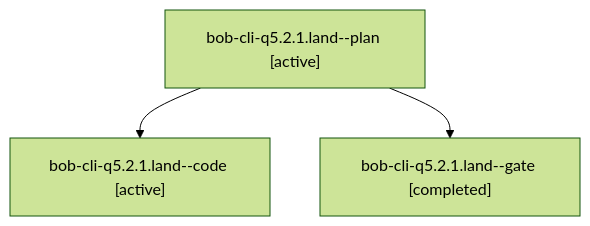
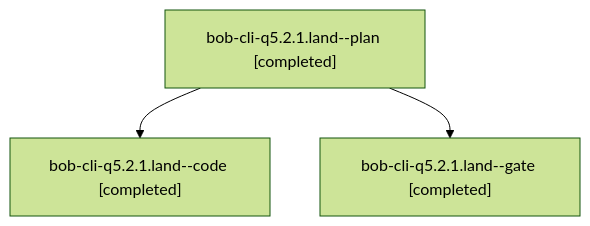
The diagram in sessions/bbugyi200.athena.bob-cli-q5.2.1.land.md (bobs-org/bob-cli--agents), drawn with Mermaid (forest theme) before and after one commit. The commit also changed other lines of this file and 115 other files, not shown here.

````diff
--- a/sessions/bbugyi200.athena.bob-cli-q5.2.1.land.md
+++ b/sessions/bbugyi200.athena.bob-cli-q5.2.1.land.md
@@ -9,8 +9,8 @@
 ```mermaid
 flowchart TD
-  n0["bob-cli-q5.2.1.land--plan [active]"]
-  n1["bob-cli-q5.2.1.land--code [active]"]
+  n0["bob-cli-q5.2.1.land--plan [completed]"]
+  n1["bob-cli-q5.2.1.land--code [completed]"]
   n0 --> n1
   n2["bob-cli-q5.2.1.land--gate [completed]"]
   n0 --> n2
 ```
````
